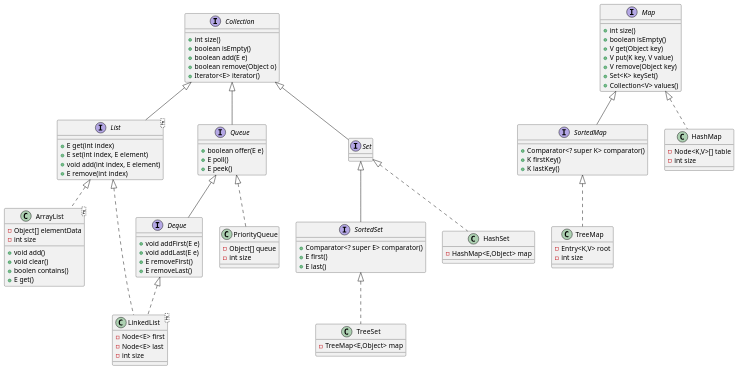
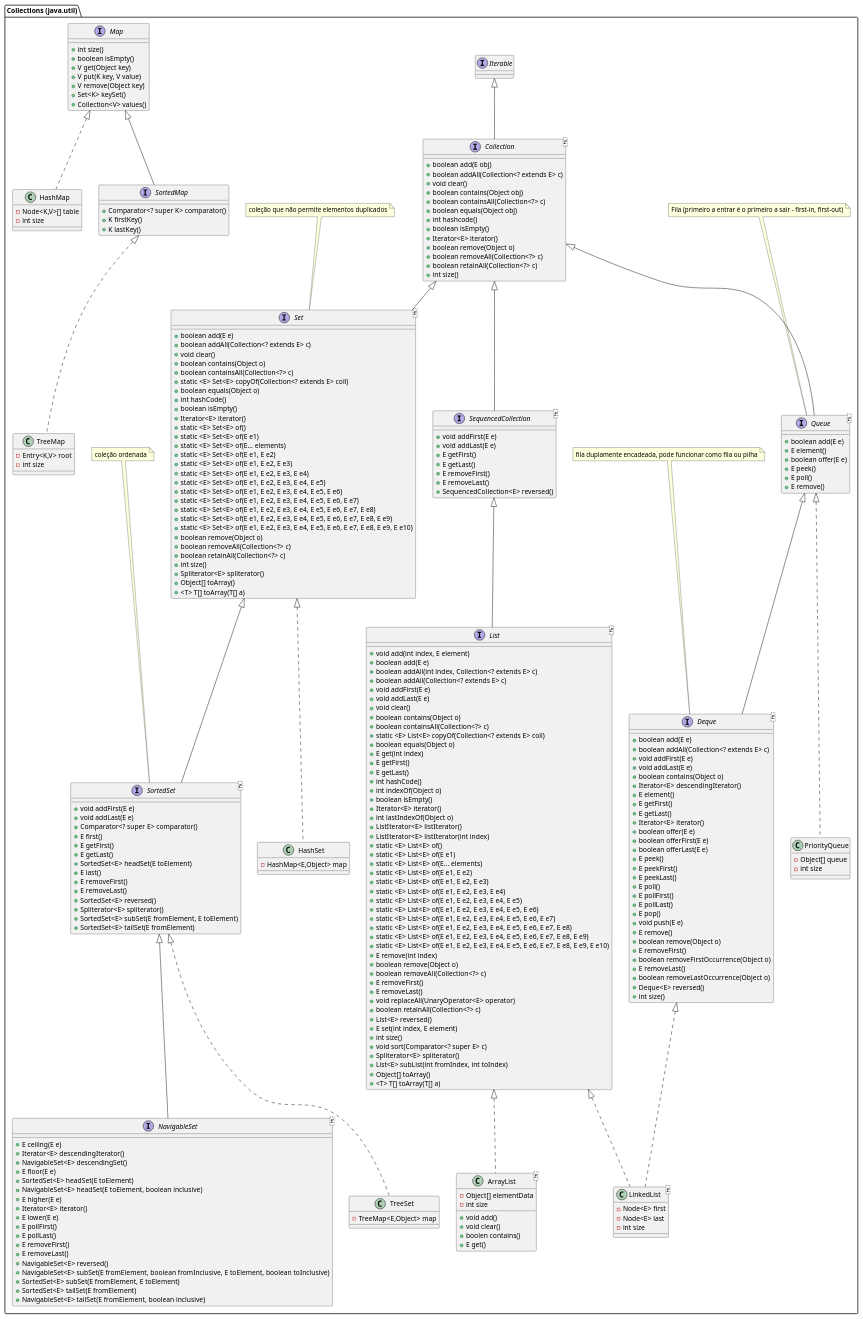
Before and after one commit to caioamorim7/poo: the diagram in lectures/examples/13-collections/doc/collections.plantuml, drawn with PlantUML. The commit also changed 2 other files, not shown here.

Commit message:
collections

```diff
--- a/lectures/examples/13-collections/doc/collections.plantuml
+++ b/lectures/examples/13-collections/doc/collections.plantuml
@@ -1,103 +1,263 @@
-@startuml
+@startuml Collections
 
-interface Collection {
-    +int size()
-    +boolean isEmpty()
-    +boolean add(E e)
-    +boolean remove(Object o)
-    +Iterator<E> iterator()
-}
+set separator ::
 
-interface List<E> extends Collection {
-    +E get(int index)
-    +E set(int index, E element)
-    +void add(int index, E element)
-    +E remove(int index)
-}
+package "Collections (java.util)" {
 
-interface Set extends Collection {
+    interface Collection<E> extends Iterable{
+        +boolean add(E obj)
+        +boolean addAll(Collection<? extends E> c)
+        +void clear()
+        +boolean contains(Object obj)
+        +boolean containsAll(Collection<?> c)
+        +boolean equals(Object obj)
+        +int hashcode()
+        +boolean isEmpty()
+        +Iterator<E> iterator()
+        +boolean remove(Object o)
+        +boolean removeAll(Collection<?> c)
+        +boolean retainAll(Collection<?> c)
+        +int size()
+    }
 
-}
+    interface SequencedCollection<E> extends Collection<E>{
+        +void addFirst(E e)
+        +void addLast(E e)
+        +E getFirst()
+        +E getLast()  
+        +E removeFirst()
+        +E removeLast()
+        +SequencedCollection<E> reversed()
+    }
 
-interface SortedSet extends Set {
-    +Comparator<? super E> comparator()
-    +E first()
-    +E last()
-}
+    interface List<E> extends SequencedCollection<E> {
+        +void add(int index, E element)
+        +boolean add(E e)
+        +boolean addAll(int index, Collection<? extends E> c)
+        +boolean addAll(Collection<? extends E> c)
+        +void addFirst(E e)
+        +void addLast(E e)
+        +void clear()
+        +boolean contains(Object o)
+        +boolean containsAll(Collection<?> c)
+        +static <E> List<E> copyOf(Collection<? extends E> coll)
+        +boolean equals(Object o)
+        +E get(int index)
+        +E getFirst()
+        +E getLast()
+        +int hashCode()
+        +int indexOf(Object o)
+        +boolean isEmpty()
+        +Iterator<E> iterator()
+        +int lastIndexOf(Object o)
+        +ListIterator<E> listIterator()
+        +ListIterator<E> listIterator(int index)
+        +static <E> List<E> of()
+        +static <E> List<E> of(E e1)
+        +static <E> List<E> of(E... elements)
+        +static <E> List<E> of(E e1, E e2)
+        +static <E> List<E> of(E e1, E e2, E e3)
+        +static <E> List<E> of(E e1, E e2, E e3, E e4)
+        +static <E> List<E> of(E e1, E e2, E e3, E e4, E e5)
+        +static <E> List<E> of(E e1, E e2, E e3, E e4, E e5, E e6)
+        +static <E> List<E> of(E e1, E e2, E e3, E e4, E e5, E e6, E e7)
+        +static <E> List<E> of(E e1, E e2, E e3, E e4, E e5, E e6, E e7, E e8)
+        +static <E> List<E> of(E e1, E e2, E e3, E e4, E e5, E e6, E e7, E e8, E e9)
+        +static <E> List<E> of(E e1, E e2, E e3, E e4, E e5, E e6, E e7, E e8, E e9, E e10)
+        +E remove(int index)
+        +boolean remove(Object o)
+        +boolean removeAll(Collection<?> c)
+        +E removeFirst()
+        +E removeLast()
+        +void replaceAll(UnaryOperator<E> operator)
+        +boolean retainAll(Collection<?> c)
+        +List<E> reversed()
+        +E set(int index, E element)
+        +int size()
+        +void sort(Comparator<? super E> c)
+        +Spliterator<E> spliterator()
+        +List<E> subList(int fromIndex, int toIndex)
+        +Object[] toArray()
+        +<T> T[] toArray(T[] a)
+    }
 
-interface Queue extends Collection {
-    +boolean offer(E e)
-    +E poll()
-    +E peek()
-}
 
-interface Deque extends Queue {
-    +void addFirst(E e)
-    +void addLast(E e)
-    +E removeFirst()
-    +E removeLast()
-}
+    interface Set<E> extends Collection<E> {
+        +boolean add(E e)
+        +boolean addAll(Collection<? extends E> c)
+        +void clear()
+        +boolean contains(Object o)
+        +boolean containsAll(Collection<?> c)
+        +static <E> Set<E> copyOf(Collection<? extends E> coll)
+        +boolean equals(Object o)
+        +int hashCode()
+        +boolean isEmpty()
+        +Iterator<E> iterator()
+        +static <E> Set<E> of()
+        +static <E> Set<E> of(E e1)
+        +static <E> Set<E> of(E... elements)
+        +static <E> Set<E> of(E e1, E e2)
+        +static <E> Set<E> of(E e1, E e2, E e3)
+        +static <E> Set<E> of(E e1, E e2, E e3, E e4)
+        +static <E> Set<E> of(E e1, E e2, E e3, E e4, E e5)
+        +static <E> Set<E> of(E e1, E e2, E e3, E e4, E e5, E e6)
+        +static <E> Set<E> of(E e1, E e2, E e3, E e4, E e5, E e6, E e7)
+        +static <E> Set<E> of(E e1, E e2, E e3, E e4, E e5, E e6, E e7, E e8)
+        +static <E> Set<E> of(E e1, E e2, E e3, E e4, E e5, E e6, E e7, E e8, E e9)
+        +static <E> Set<E> of(E e1, E e2, E e3, E e4, E e5, E e6, E e7, E e8, E e9, E e10)
+        +boolean remove(Object o)
+        +boolean removeAll(Collection<?> c)
+        +boolean retainAll(Collection<?> c)
+        +int size()
+        +Spliterator<E> spliterator()
+        +Object[] toArray()
+        +<T> T[] toArray(T[] a)
+    }
+    note top: coleção que não permite elementos duplicados
 
-interface Map {
-    +int size()
-    +boolean isEmpty()
-    +V get(Object key)
-    +V put(K key, V value)
-    +V remove(Object key)
-    +Set<K> keySet()
-    +Collection<V> values()
-}
+    interface SortedSet<E> extends Set<E> {
+        +void addFirst(E e)
+        +void addLast(E e)
+        +Comparator<? super E> comparator()
+        +E first()
+        +E getFirst()
+        +E getLast()
+        +SortedSet<E> headSet(E toElement)
+        +E last()
+        +E removeFirst()
+        +E removeLast()
+        +SortedSet<E> reversed()
+        +Spliterator<E> spliterator()
+        +SortedSet<E> subSet(E fromElement, E toElement)
+        +SortedSet<E> tailSet(E fromElement)
+    }
+    note top: coleção ordenada
 
-interface SortedMap extends Map {
-    +Comparator<? super K> comparator()
-    +K firstKey()
-    +K lastKey()
-}
+    interface NavigableSet<E> extends SortedSet<E>{
+        +E ceiling(E e)
+        +Iterator<E> descendingIterator()
+        +NavigableSet<E> descendingSet()
+        +E floor(E e)
+        +SortedSet<E> headSet(E toElement)
+        +NavigableSet<E> headSet(E toElement, boolean inclusive)
+        +E higher(E e)
+        +Iterator<E> iterator()
+        +E lower(E e)
+        +E pollFirst()
+        +E pollLast()
+        +E removeFirst()
+        +E removeLast()
+        +NavigableSet<E> reversed()
+        +NavigableSet<E> subSet(E fromElement, boolean fromInclusive, E toElement, boolean toInclusive)
+        +SortedSet<E> subSet(E fromElement, E toElement)
+        +SortedSet<E> tailSet(E fromElement)
+        +NavigableSet<E> tailSet(E fromElement, boolean inclusive)
+    }
 
-class ArrayList<E> implements List<E>{
-    -Object[] elementData
-    -int size
-    +void add()
-    +void clear()
-    +boolen contains()
-    +E get()
-}
+    interface Queue<E> extends Collection<E> {
+        +boolean add(E e)
+        +E element()
+        +boolean offer(E e)
+        +E peek()
+        +E poll()
+        +E remove()
+    }
+    note top: Fila (primeiro a entrar é o primeiro a sair - first-in, first-out)
 
-class LinkedList<E> implements List, Deque{
-    -Node<E> first
-    -Node<E> last
-    -int size
-}
+    interface Deque<E> extends Queue<E> {
+        +boolean add(E e)
+        +boolean addAll(Collection<? extends E> c)
+        +void addFirst(E e)
+        +void addLast(E e)
+        +boolean contains(Object o)
+        +Iterator<E> descendingIterator()
+        +E element()
+        +E getFirst()
+        +E getLast()
+        +Iterator<E> iterator()
+        +boolean offer(E e)
+        +boolean offerFirst(E e)
+        +boolean offerLast(E e)
+        +E peek()
+        +E peekFirst()
+        +E peekLast()
+        +E poll()
+        +E pollFirst()
+        +E pollLast()
+        +E pop()
+        +void push(E e)
+        +E remove()
+        +boolean remove(Object o)
+        +E removeFirst()
+        +boolean removeFirstOccurrence(Object o)
+        +E removeLast()
+        +boolean removeLastOccurrence(Object o)
+        +Deque<E> reversed()
+        +int size()
+    }
+    note top: fila duplamente encadeada, pode funcionar como fila ou pilha
 
-class HashSet {
-    -HashMap<E,Object> map
-}
+    interface Map {
+        +int size()
+        +boolean isEmpty()
+        +V get(Object key)
+        +V put(K key, V value)
+        +V remove(Object key)
+        +Set<K> keySet()
+        +Collection<V> values()
+    }
 
-class TreeSet {
-    -TreeMap<E,Object> map
-}
+    interface SortedMap extends Map {
+        +Comparator<? super K> comparator()
+        +K firstKey()
+        +K lastKey()
+    }
 
-class HashMap {
-    -Node<K,V>[] table
-    -int size
-}
+    class ArrayList<E> implements List<E>{
+        -Object[] elementData
+        -int size
+        +void add()
+        +void clear()
+        +boolen contains()
+        +E get()
+    }
 
-class TreeMap {
-    -Entry<K,V> root
-    -int size
-}
+    class LinkedList<E> implements List, Deque{
+        -Node<E> first
+        -Node<E> last
+        -int size
+    }
 
-class PriorityQueue {
-    -Object[] queue
-    -int size
-}
+    class HashSet {
+        -HashMap<E,Object> map
+    }
 
-' Relações
+    class TreeSet {
+        -TreeMap<E,Object> map
+    }
 
-Set <|.. HashSet
-SortedSet <|.. TreeSet
-Queue <|.. PriorityQueue
-Map <|.. HashMap
-SortedMap <|.. TreeMap
+    class HashMap {
+        -Node<K,V>[] table
+        -int size
+    }
+
+    class TreeMap {
+        -Entry<K,V> root
+        -int size
+    }
+
+    class PriorityQueue {
+        -Object[] queue
+        -int size
+    }
+
+    ' Relações
+
+    Set <|.. HashSet
+    SortedSet <|.. TreeSet
+    Queue <|.. PriorityQueue
+    Map <|.. HashMap
+    SortedMap <|.. TreeMap
+    }
 
 @enduml
```
